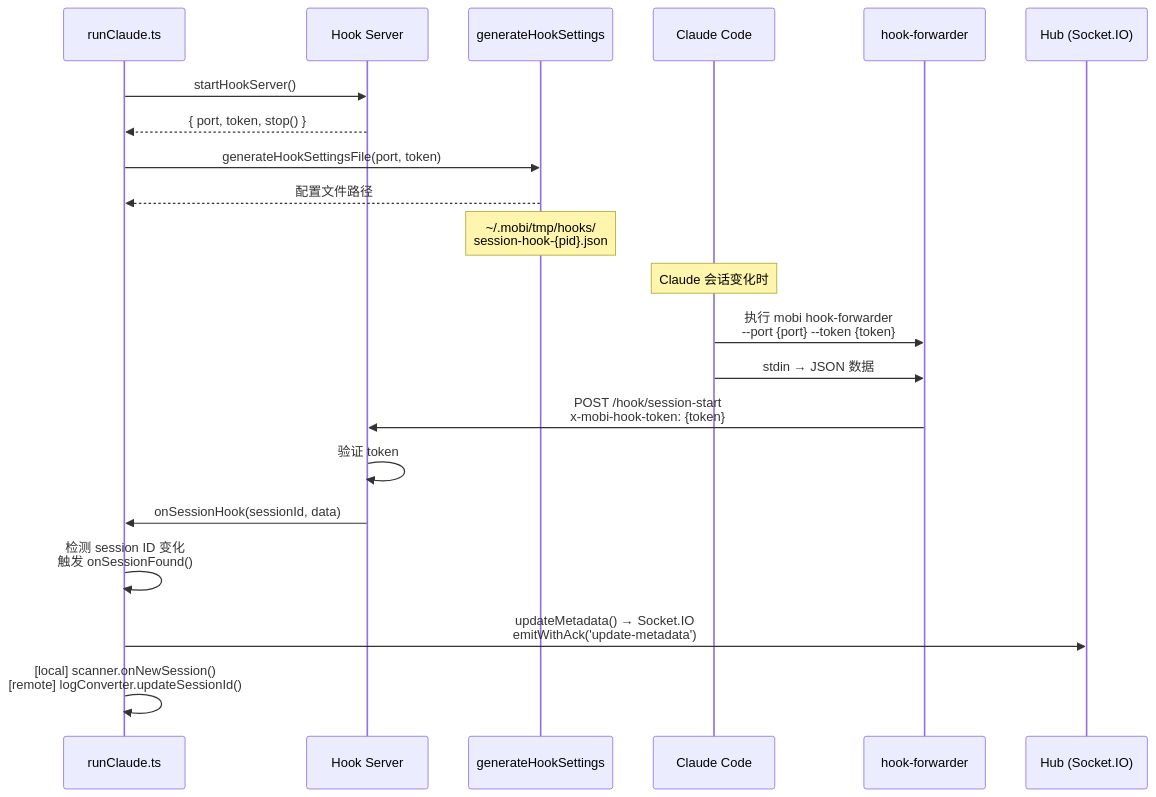
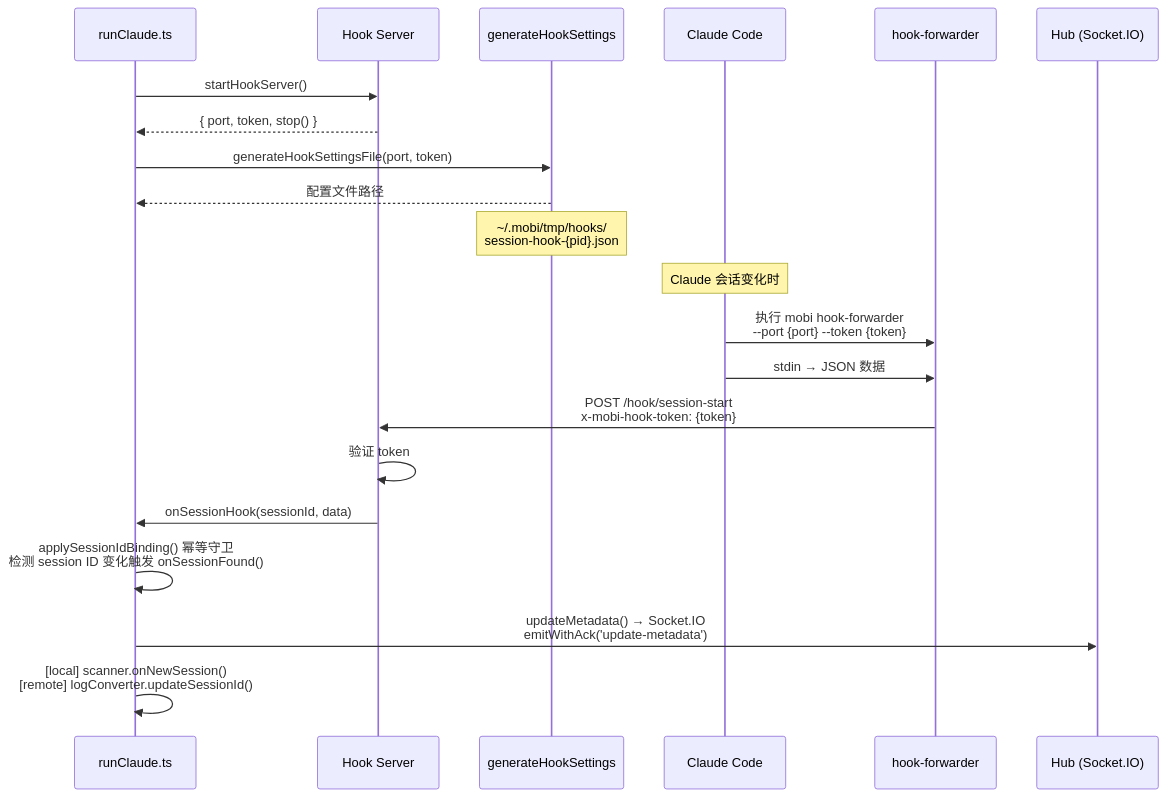
The second of 5 diagrams in docs/architecture/cli/commands/hook/README.md (ModuBit/mobi), drawn with Mermaid before and after one commit. The commit also changed other lines of this file and 4 other files, not shown here.

````diff
--- a/docs/architecture/cli/commands/hook/README.md
+++ b/docs/architecture/cli/commands/hook/README.md
@@ -33,25 +36,25 @@
 ```mermaid
 sequenceDiagram
     participant RunClaude as runClaude.ts
     participant HookServer as Hook Server
     participant Settings as generateHookSettings
     participant Claude as Claude Code
     participant Forwarder as hook-forwarder
     participant Hub as Hub (Socket.IO)
 
     RunClaude->>HookServer: startHookServer()
     HookServer-->>RunClaude: { port, token, stop() }
     RunClaude->>Settings: generateHookSettingsFile(port, token)
     Settings-->>RunClaude: 配置文件路径
     Note over Settings: ~/.mobi/tmp/hooks/<br/>session-hook-{pid}.json
 
     Note over Claude: Claude 会话变化时
     Claude->>Forwarder: 执行 mobi hook-forwarder<br/>--port {port} --token {token}
     Claude->>Forwarder: stdin → JSON 数据
     Forwarder->>HookServer: POST /hook/session-start<br/>x-mobi-hook-token: {token}
     HookServer->>HookServer: 验证 token
     HookServer->>RunClaude: onSessionHook(sessionId, data)
-    RunClaude->>RunClaude: 检测 session ID 变化<br/>触发 onSessionFound()
+    RunClaude->>RunClaude: applySessionIdBinding() 幂等守卫<br/>检测 session ID 变化触发 onSessionFound()
     RunClaude->>Hub: updateMetadata() → Socket.IO<br/>emitWithAck('update-metadata')
     RunClaude->>RunClaude: [local] scanner.onNewSession()<br/>[remote] logConverter.updateSessionId()
 ```
````
